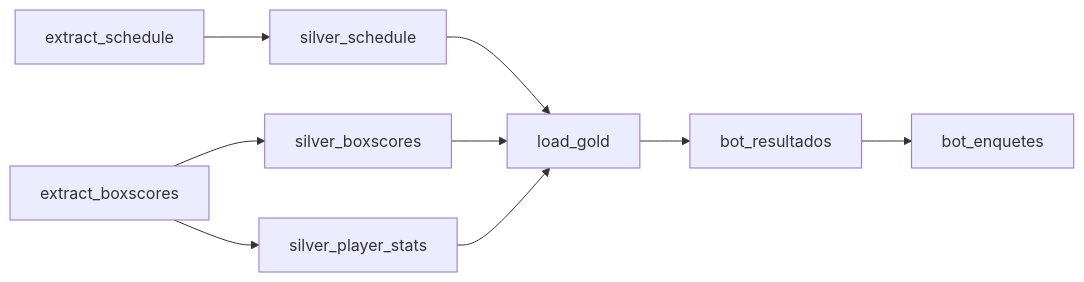
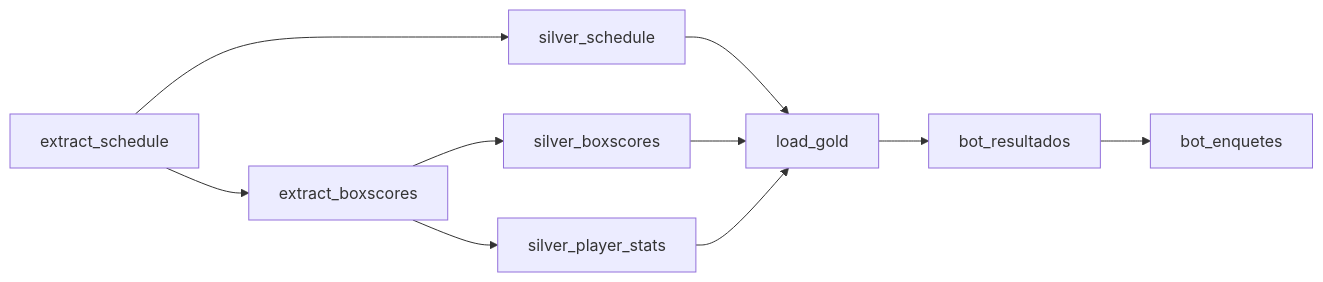
The third of 4 diagrams in README.md (LucasEmanuell/nba_pipeline), drawn with Mermaid before and after one commit. The commit also changed 1 other file, not shown here.

Commit message:
fix: corrige race condition entre extract_schedule e extract_boxscores

````diff
--- a/README.md
+++ b/README.md
@@ -147,9 +147,10 @@
 ```mermaid
 graph LR
     ES[extract_schedule] --> SS[silver_schedule]
-    EB[extract_boxscores] --> SB[silver_boxscores]
+    ES --> EB[extract_boxscores]
+    EB --> SB[silver_boxscores]
     EB --> SP[silver_player_stats]
     SS & SB & SP --> GL[load_gold]
     GL --> BR[bot_resultados]
     BR --> BE[bot_enquetes]
 ```
````
